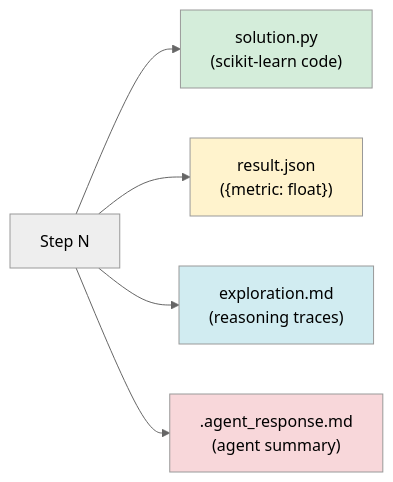
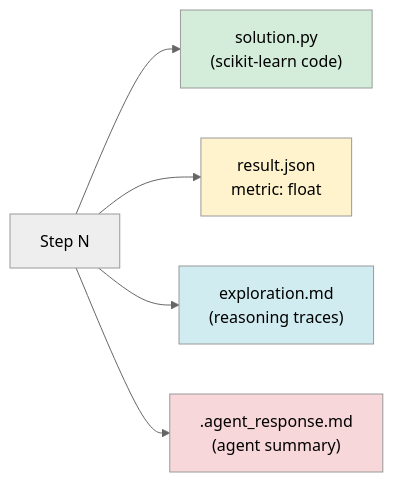
Before and after one commit to jxucoder/agentic-learn: the third of 3 diagrams in README.md, drawn with Mermaid (neutral theme). The commit also changed other lines of this file and 2 other files, not shown here.

First line of the commit message:
Add report generation and full agent trace logging

````diff
--- a/README.md
+++ b/README.md
@@ -123,12 +123,12 @@
 ```mermaid
 flowchart LR
-    S["Step N"] --> Sol["solution.py\n(scikit-learn code)"]
-    S --> Res["result.json\n({metric: float})"]
-    S --> Exp["exploration.md\n(reasoning traces)"]
-    S --> Resp[".agent_response.md\n(agent summary)"]
+    S["Step N"] --> Sol["solution.py<br/>(scikit-learn code)"]
+    S --> Res["result.json<br/>metric: float"]
+    S --> Exp["exploration.md<br/>(reasoning traces)"]
+    S --> Resp[".agent_response.md<br/>(agent summary)"]
 
     style Sol fill:#d4edda
     style Res fill:#fff3cd
     style Exp fill:#d1ecf1
     style Resp fill:#f8d7da
 ```
````
